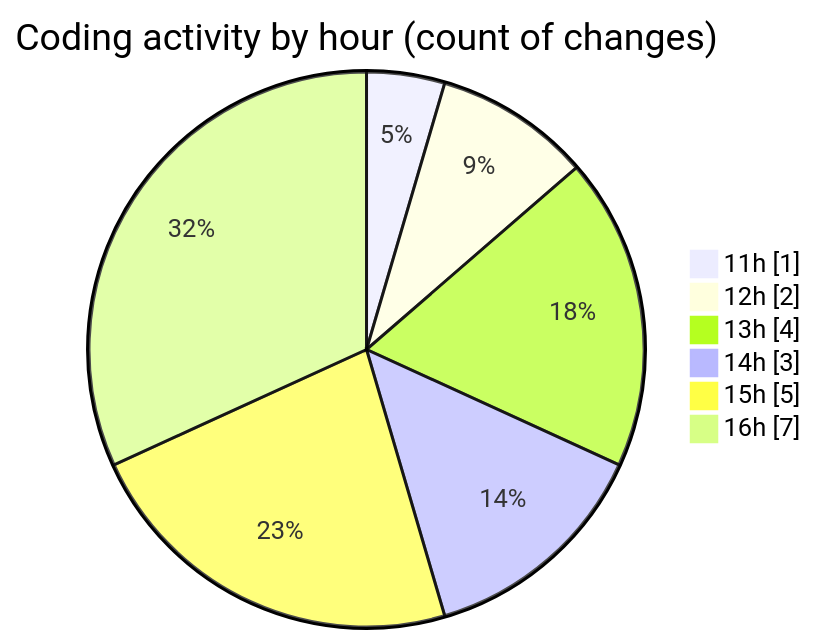
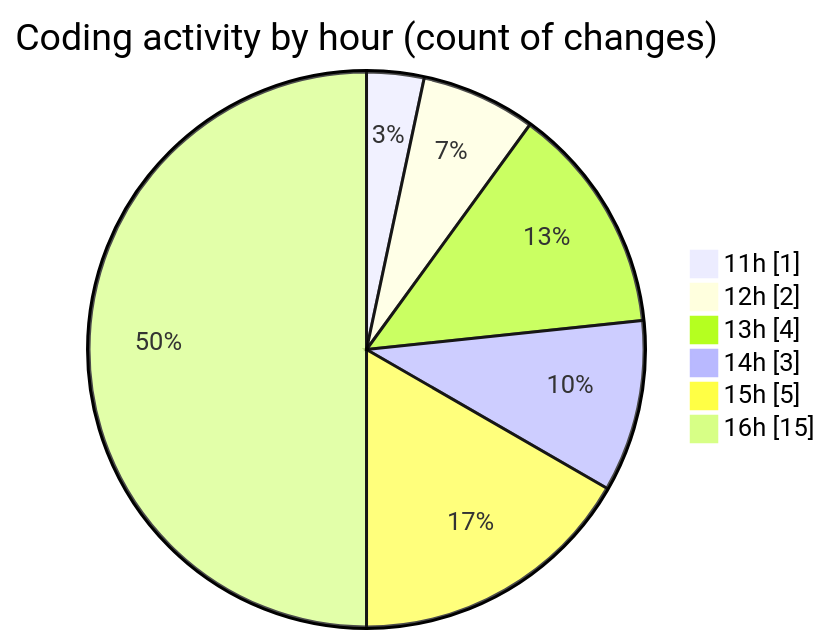
The second of 2 diagrams in 2025-07-18/urlwebwala_intership_work/README.md (Ritupan-Deka/code-tracking), drawn with Mermaid before and after one commit. The commit also changed other lines of this file and 1 other file, not shown here.

````diff
--- a/2025-07-18/urlwebwala_intership_work/README.md
+++ b/2025-07-18/urlwebwala_intership_work/README.md
@@ -29,10 +29,10 @@
 ```mermaid
 pie showData
 title Coding activity by hour (count of changes)
 "11h" : 1
 "12h" : 2
 "13h" : 4
 "14h" : 3
 "15h" : 5
-"16h" : 7
+"16h" : 15
 ```
````
